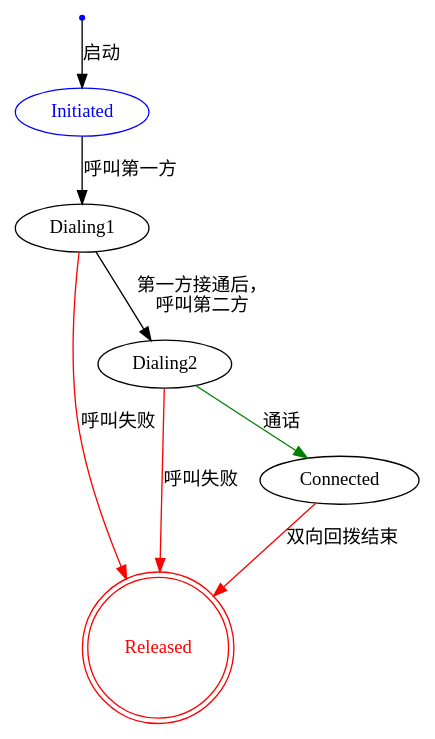
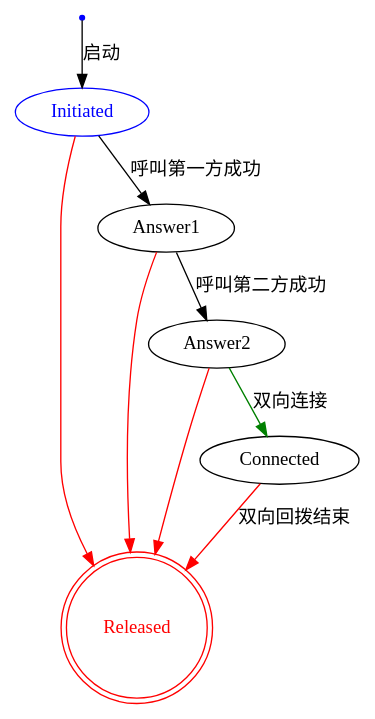
One commit to tanbro/ipsc-ccf changed the diagram in docs/api-spec/ext/duo_callback.rst. Above: the diagram before and after it, drawn with Graphviz. The commit also changed other lines of this file and 2 other files, not shown here.

```diff
--- a/docs/api-spec/ext/duo_callback.rst
+++ b/docs/api-spec/ext/duo_callback.rst
@@ -9,18 +28,20 @@
 .. graphviz::
 
   digraph CallResourceState {
 
     Start [shape=point, color=blue, fontcolor=blue];
     Initiated [color=blue, fontcolor=blue];
     Released [shape=doublecircle, color=red, fontcolor=red];
 
     Start -> Initiated [label="启动"];
-    Initiated -> Dialing1 [label="呼叫第一方"]
-    Dialing1 -> Released [label="呼叫失败", color=red];
+    Initiated -> Answer1 [label="呼叫第一方成功"]
+    Initiated -> Released [color=red];
 
-    Dialing1 -> Dialing2 ["label"="第一方接通后，\n呼叫第二方"];
-    Dialing2 -> Released [label="呼叫失败", color=red];
-    Dialing2 -> Connected ["label"="通话", color=green];
+    Answer1 -> Answer2 ["label"="呼叫第二方成功"];
+    Answer1 -> Released [color=red];
+
+    Answer2 -> Connected ["label"="双向连接", color=green];
+    Answer2 -> Released [color=red];
 
     Connected -> Released [label="双向回拨结束", color=red];
   }
```
